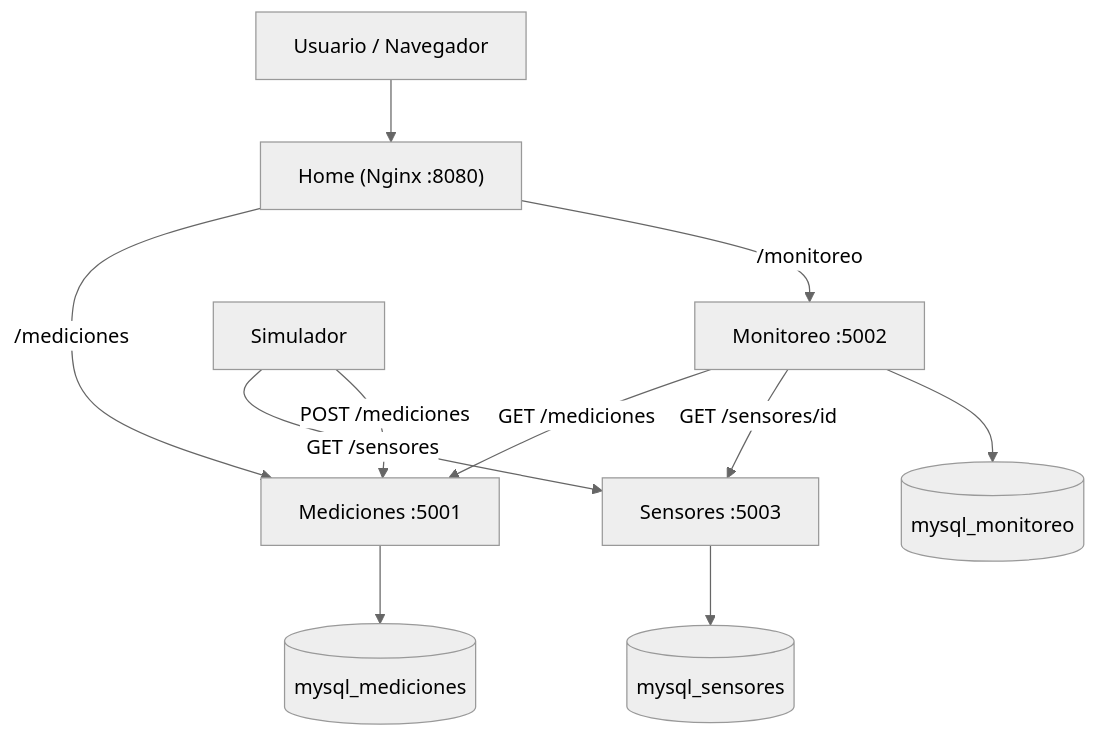
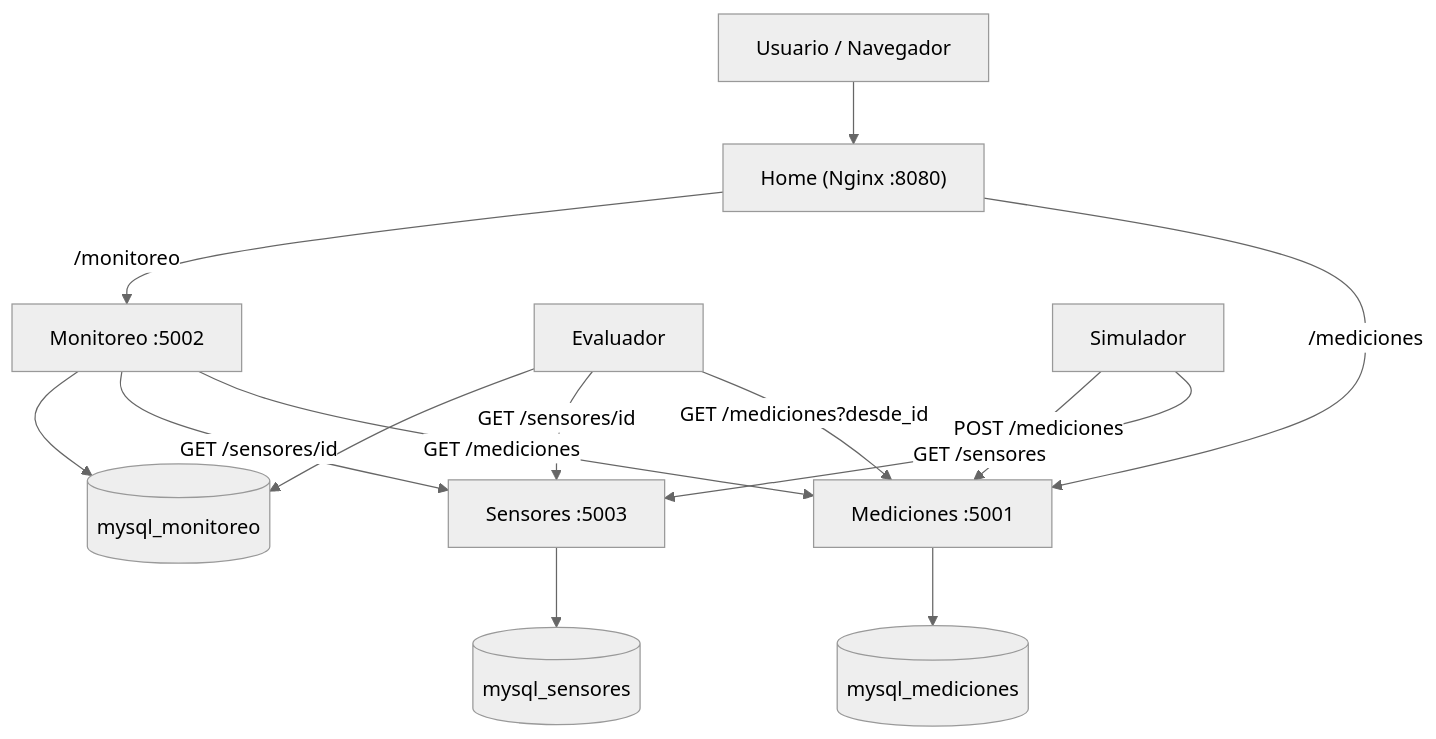
Before and after one commit to ngcddev/Sistema-Distribuido-de-Monitoreo-IoT-Simulado: the diagram in README.md, drawn with Mermaid (neutral theme). The commit also changed other lines of this file and 40 other files, not shown here.

````diff
--- a/README.md
+++ b/README.md
@@ -37,13 +37,16 @@
 ```mermaid
 flowchart TD
     U[Usuario / Navegador] --> H["Home (Nginx :8080)"]
     H -- "/mediciones" --> M["Mediciones :5001"]
     H -- "/monitoreo" --> MO["Monitoreo :5002"]
     MO -- "GET /mediciones" --> M
     MO -- "GET /sensores/id" --> S["Sensores :5003"]
+    EV[Evaluador] -- "GET /mediciones?desde_id" --> M
+    EV -- "GET /sensores/id" --> S
+    EV --> DBMO
     SIM[Simulador] -- "GET /sensores" --> S
     SIM -- "POST /mediciones" --> M
     M --> DBM[("mysql_mediciones")]
     S --> DBS[("mysql_sensores")]
     MO --> DBMO[("mysql_monitoreo")]
 ```
````
